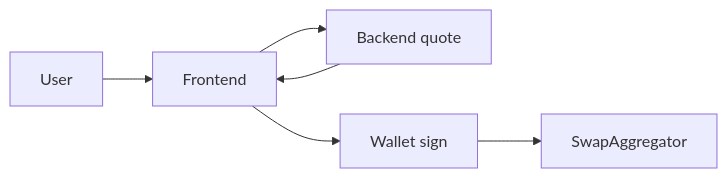
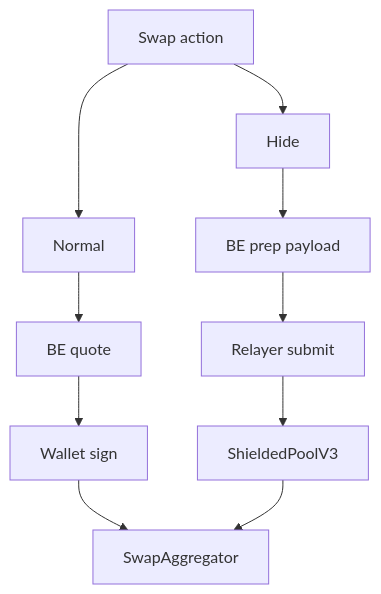
Before and after one commit to ntfound-dev/zkcarel_protocol: the third of 6 diagrams in README.md, drawn with Mermaid. The commit also changed other lines of this file and 1 other file, not shown here.

Commit message:
docs: make mode diagrams flow-based

````diff
--- a/README.md
+++ b/README.md
@@ -172,8 +171,13 @@
 ```mermaid
-flowchart LR
-  U[User] --> FE[Frontend]
-  FE --> API[Backend quote]
-  API --> FE
-  FE --> W[Wallet sign]
-  W --> SWAP[SwapAggregator]
+flowchart TD
+  A[Swap action] --> N1[Normal]
+  N1 --> N2[BE quote]
+  N2 --> N3[Wallet sign]
+  N3 --> SWAP[SwapAggregator]
+
+  A --> H1[Hide]
+  H1 --> H2[BE prep payload]
+  H2 --> H3[Relayer submit]
+  H3 --> H4[ShieldedPoolV3]
+  H4 --> SWAP
 ```
````
